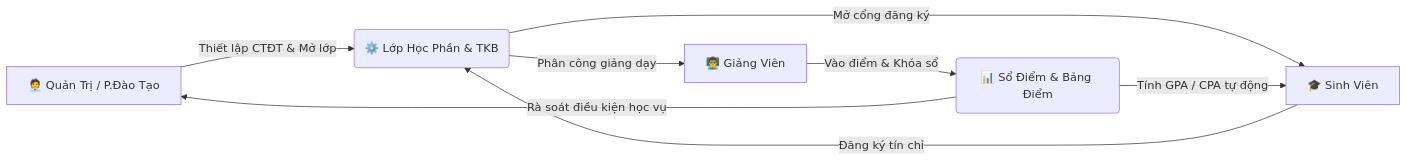
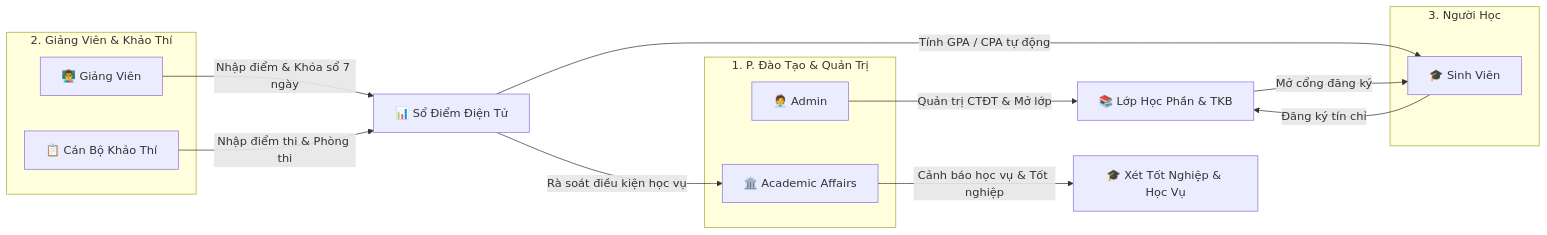
One commit to DevMarkie/DoAnChuyenNganh changed the second of 2 diagrams in README.md. Above: the diagram before and after it, drawn with Mermaid. The commit also changed other lines of this file and 16 other files, not shown here.

````diff
--- a/README.md
+++ b/README.md
@@ -40,10 +129,23 @@
 ```mermaid
 flowchart LR
-    A[🧑‍💼 Quản Trị / P.Đào Tạo] -->|Thiết lập CTĐT & Mở lớp| B(⚙️ Lớp Học Phần & TKB)
-    B -->|Phân công giảng dạy| C[👨‍🏫 Giảng Viên]
-    B -->|Mở cổng đăng ký| D[🎓 Sinh Viên]
-    D -->|Đăng ký tín chỉ| B
-    C -->|Vào điểm & Khóa sổ| E(📊 Sổ Điểm & Bảng Điểm)
-    E -->|Tính GPA / CPA tự động| D
-    E -->|Rà soát điều kiện học vụ| A
+    subgraph Admins ["1. P. Đào Tạo & Quản Trị"]
+        Admin["🧑‍💼 Admin"]
+        AA["🏛️ Academic Affairs"]
+    end
+    subgraph Faculty ["2. Giảng Viên & Khảo Thí"]
+        Lecturer["👨‍🏫 Giảng Viên"]
+        ExamOfficer["📋 Cán Bộ Khảo Thí"]
+    end
+    subgraph Learners ["3. Người Học"]
+        Student["🎓 Sinh Viên"]
+    end
+
+    Admin -->|Quản trị CTĐT & Mở lớp| CoursePool["📚 Lớp Học Phần & TKB"]
+    AA -->|Cảnh báo học vụ & Tốt nghiệp| DegreeAudit["🎓 Xét Tốt Nghiệp & Học Vụ"]
+    CoursePool -->|Mở cổng đăng ký| Student
+    Student -->|Đăng ký tín chỉ| CoursePool
+    Lecturer -->|Nhập điểm & Khóa sổ 7 ngày| GradeBook["📊 Sổ Điểm Điện Tử"]
+    ExamOfficer -->|Nhập điểm thi & Phòng thi| GradeBook
+    GradeBook -->|Tính GPA / CPA tự động| Student
+    GradeBook -->|Rà soát điều kiện học vụ| AA
 ```
````
